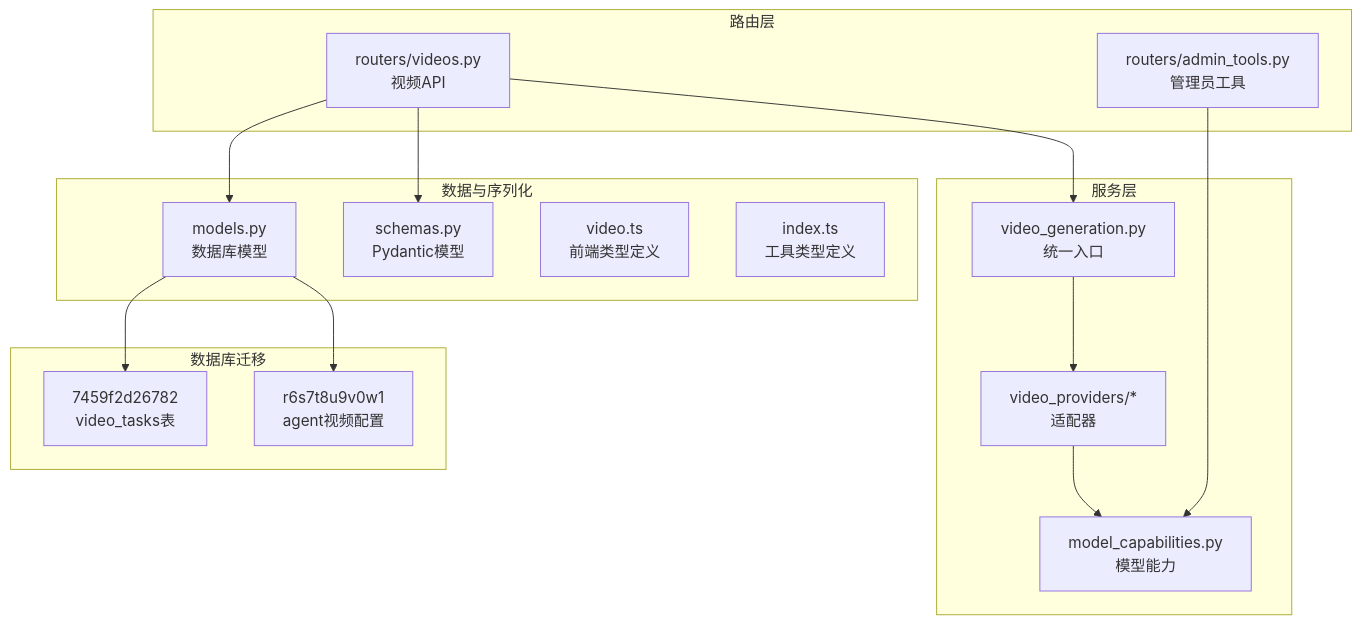
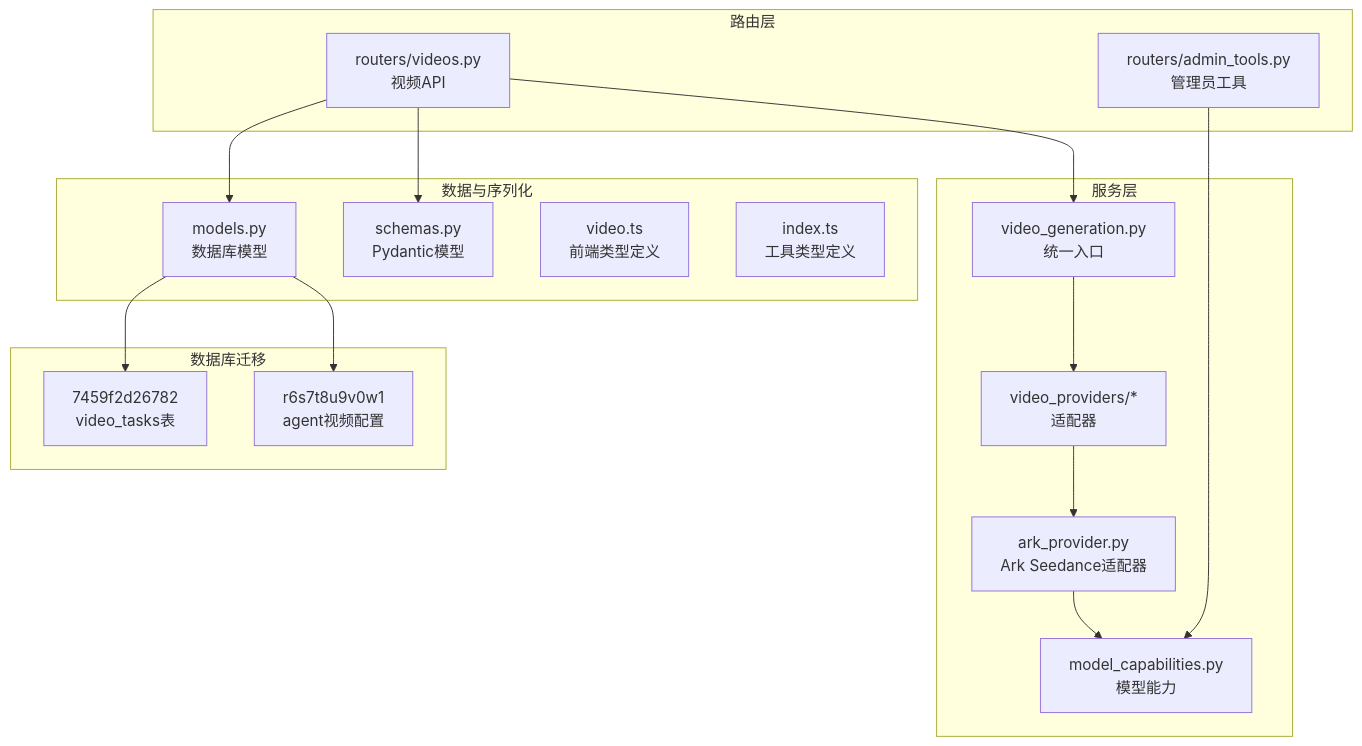
Before and after one commit to KunLabAI/KunFlix: the first of 6 diagrams in .qoder/repowiki/zh/content/后端服务架构/业务服务层/媒体生成服务/视频生成系统.md, drawn with Mermaid. The commit also changed other lines of this file and 10 other files, not shown here.

````diff
--- a/.qoder/repowiki/zh/content/后端服务架构/业务服务层/媒体生成服务/视频生成系统.md
+++ b/.qoder/repowiki/zh/content/后端服务架构/业务服务层/媒体生成服务/视频生成系统.md
@@ -61,30 +67,32 @@
 ```mermaid
 graph TB
 subgraph "服务层"
 VG["video_generation.py<br/>统一入口"]
 VP["video_providers/*<br/>适配器"]
 MC["model_capabilities.py<br/>模型能力"]
+AP["ark_provider.py<br/>Ark Seedance适配器"]
 end
 subgraph "路由层"
 RT["routers/videos.py<br/>视频API"]
 AT["routers/admin_tools.py<br/>管理员工具"]
 end
 subgraph "数据与序列化"
 MD["models.py<br/>数据库模型"]
 SC["schemas.py<br/>Pydantic模型"]
 VT["video.ts<br/>前端类型定义"]
 IT["index.ts<br/>工具类型定义"]
 end
 subgraph "数据库迁移"
 MIG1["7459f2d26782<br/>video_tasks表"]
 MIG2["r6s7t8u9v0w1<br/>agent视频配置"]
 end
 RT --> VG
 VG --> VP
-VP --> MC
+VP --> AP
+AP --> MC
 RT --> MD
 RT --> SC
 AT --> MC
 MD --> MIG1
 MD --> MIG2
 ```
````
